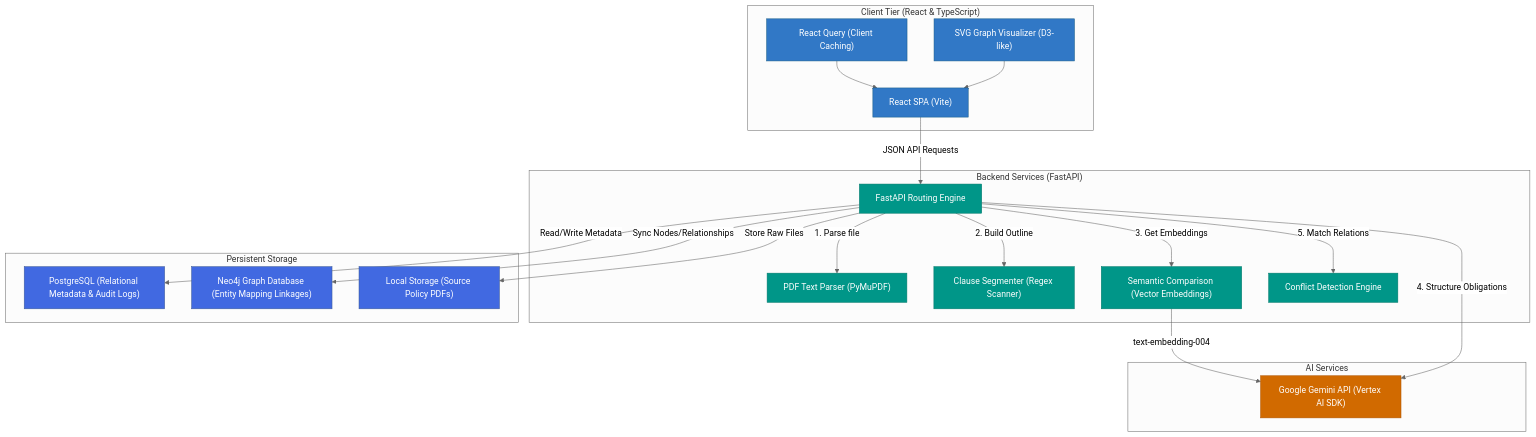
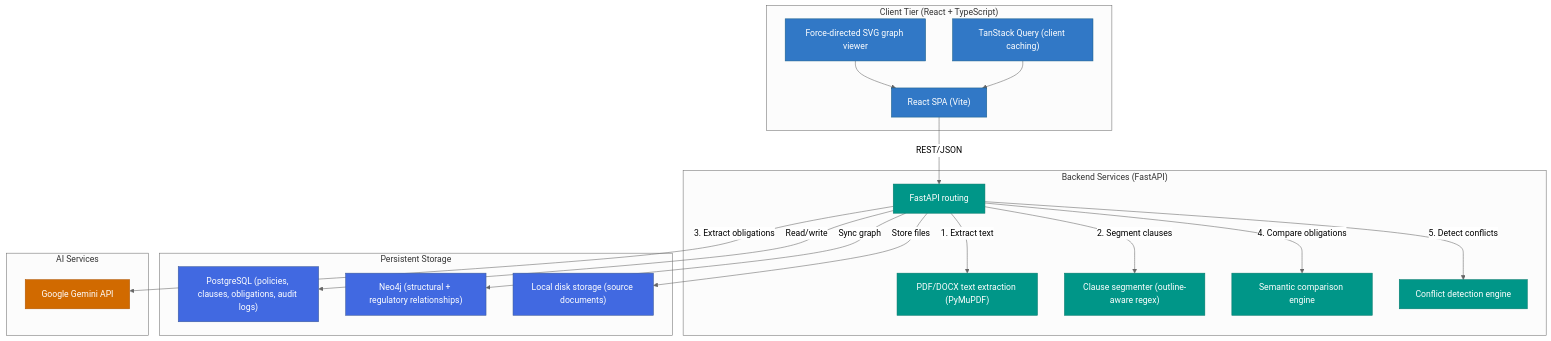
The first of 3 diagrams in README.md (Sangamithraa077/PolicySentinel), drawn with Mermaid (neutral theme) before and after one commit. The commit also changed other lines of this file and 27 other files, not shown here.

````diff
--- a/README.md
+++ b/README.md
@@ -121,46 +112,45 @@
 ```mermaid
 graph TD
     classDef client fill:#3178C6,stroke:#1A5F8A,color:#fff;
     classDef server fill:#009688,stroke:#00796B,color:#fff;
     classDef db fill:#4169E1,stroke:#3B5998,color:#fff;
     classDef external fill:#D16A00,stroke:#B05500,color:#fff;
 
-    subgraph Client_Tier["Client Tier (React & TypeScript)"]
+    subgraph Client_Tier["Client Tier (React + TypeScript)"]
         UI["React SPA (Vite)"]:::client
-        Query["React Query (Client Caching)"]:::client
-        Graph["SVG Graph Visualizer (D3-like)"]:::client
+        Query["TanStack Query (client caching)"]:::client
+        Graph["Force-directed SVG graph viewer"]:::client
     end
 
     subgraph Backend_Services["Backend Services (FastAPI)"]
-        API["FastAPI Routing Engine"]:::server
-        Extract["PDF Text Parser (PyMuPDF)"]:::server
-        Segment["Clause Segmenter (Regex Scanner)"]:::server
-        Compare["Semantic Comparison (Vector Embeddings)"]:::server
-        Conflict["Conflict Detection Engine"]:::server
+        API["FastAPI routing"]:::server
+        Extract["PDF/DOCX text extraction (PyMuPDF)"]:::server
+        Segment["Clause segmenter (outline-aware regex)"]:::server
+        Compare["Semantic comparison engine"]:::server
+        Conflict["Conflict detection engine"]:::server
     end
 
     subgraph Persistent_Storage["Persistent Storage"]
-        PG["PostgreSQL (Relational Metadata & Audit Logs)"]:::db
-        Neo4j["Neo4j Graph Database (Entity Mapping Linkages)"]:::db
-        Disk["Local Storage (Source Policy PDFs)"]:::db
+        PG["PostgreSQL (policies, clauses, obligations, audit logs)"]:::db
+        Neo4j["Neo4j (structural + regulatory relationships)"]:::db
+        Disk["Local disk storage (source documents)"]:::db
     end
 
     subgraph External_Services["AI Services"]
-        Gemini["Google Gemini API (Vertex AI SDK)"]:::external
+        Gemini["Google Gemini API"]:::external
     end
 
-    UI -->|JSON API Requests| API
-    API -->|1. Parse file| Extract
-    API -->|2. Build Outline| Segment
-    API -->|3. Get Embeddings| Compare
-    Compare -->|text-embedding-004| Gemini
-    API -->|4. Structure Obligations| Gemini
-    API -->|5. Match Relations| Conflict
-    
-    API -->|Read/Write Metadata| PG
-    API -->|Sync Nodes/Relationships| Neo4j
-    API -->|Store Raw Files| Disk
-    
+    UI -->|REST/JSON| API
+    API -->|1. Extract text| Extract
+    API -->|2. Segment clauses| Segment
+    API -->|3. Extract obligations| Gemini
+    API -->|4. Compare obligations| Compare
+    API -->|5. Detect conflicts| Conflict
+
+    API -->|Read/write| PG
+    API -->|Sync graph| Neo4j
+    API -->|Store files| Disk
+
     Query --> UI
     Graph --> UI
 ```
````
